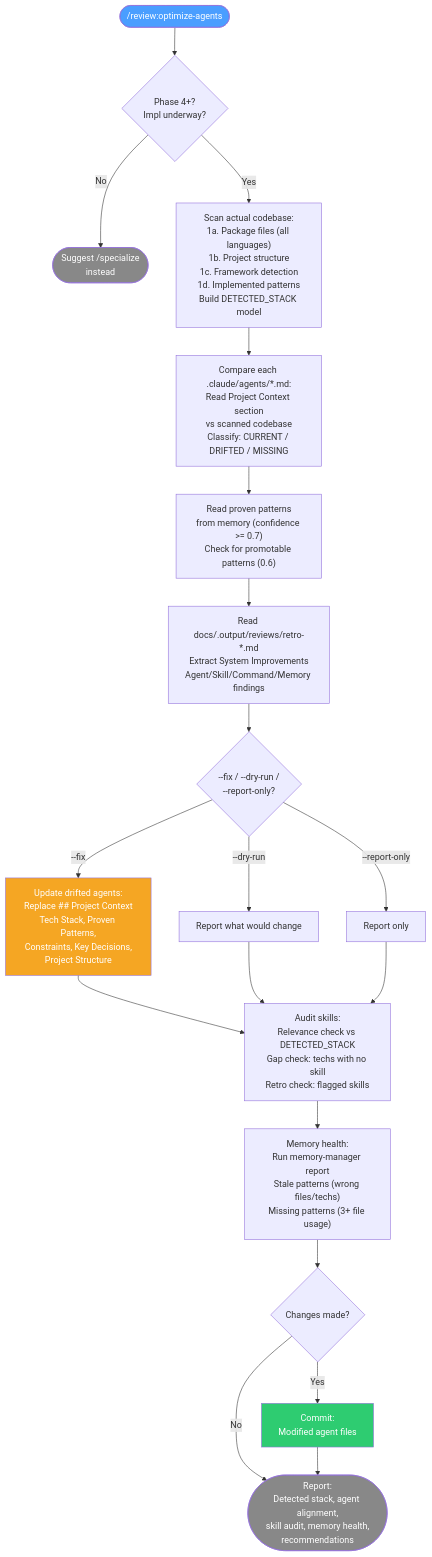
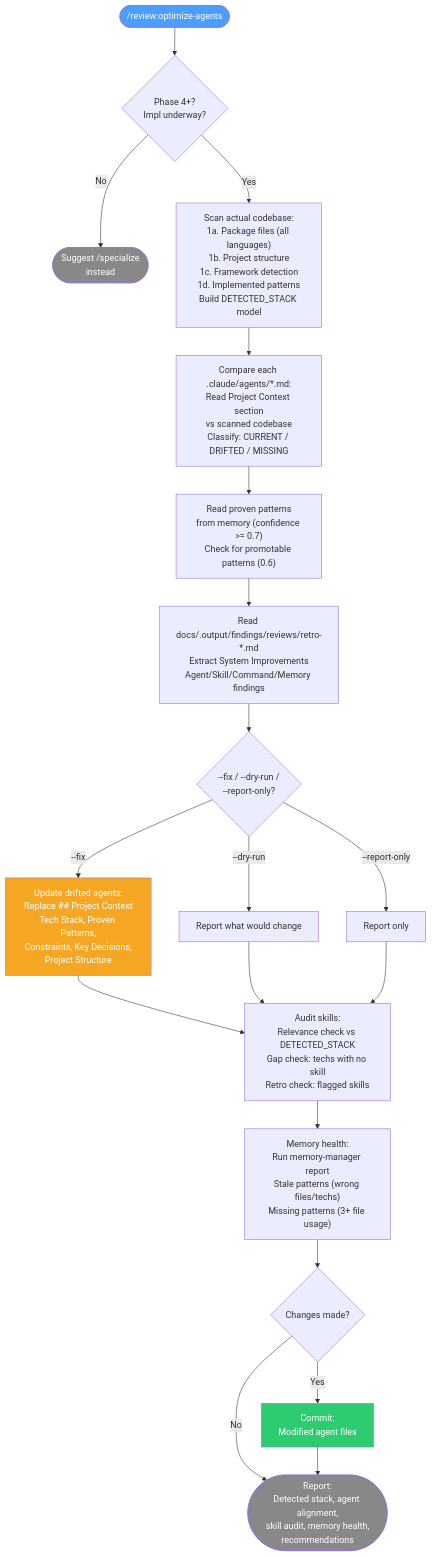
Before and after one commit to Domdhi/Agents.Domdhi: diagram 29 of 37 in docs/reference/commands.md, drawn with Mermaid. The commit also changed other lines of this file and 185 other files, not shown here.

Commit message:
v4.92 — sync from workshop: ADR 0006 .output taxonomy + memory-store split (.memory/ tracked source + .state/ index), guardrail/agent grounding, C2/C3 resolutions

````diff
--- a/docs/reference/commands.md
+++ b/docs/reference/commands.md
@@ -1349,39 +1349,39 @@
 ```mermaid
 flowchart TD
     START(["/review:optimize-agents"]) --> PHASE{Phase 4+?\nImpl underway?}
     PHASE -->|No| SUGGEST(["Suggest /specialize\ninstead"])
     PHASE -->|Yes| SCAN
 
     SCAN["Scan actual codebase:\n1a. Package files (all languages)\n1b. Project structure\n1c. Framework detection\n1d. Implemented patterns\nBuild DETECTED_STACK model"]
 
     SCAN --> COMPARE["Compare each .claude/agents/*.md:\nRead Project Context section\nvs scanned codebase\nClassify: CURRENT / DRIFTED / MISSING"]
 
     COMPARE --> MEMORY["Read proven patterns\nfrom memory (confidence >= 0.7)\nCheck for promotable patterns (0.6)"]
 
-    MEMORY --> RETRO["Read docs/.output/reviews/retro-*.md\nExtract System Improvements\nAgent/Skill/Command/Memory findings"]
+    MEMORY --> RETRO["Read docs/.output/findings/reviews/retro-*.md\nExtract System Improvements\nAgent/Skill/Command/Memory findings"]
 
     RETRO --> MODE{--fix / --dry-run /\n--report-only?}
 
     MODE -->|--fix| UPDATE["Update drifted agents:\nReplace ## Project Context\nTech Stack, Proven Patterns,\nConstraints, Key Decisions,\nProject Structure"]
     MODE -->|--dry-run| DRY[Report what would change]
     MODE -->|--report-only| RPT[Report only]
 
     UPDATE --> SKILLS["Audit skills:\nRelevance check vs DETECTED_STACK\nGap check: techs with no skill\nRetro check: flagged skills"]
 
     DRY --> SKILLS
     RPT --> SKILLS
 
     SKILLS --> MEM_HEALTH["Memory health:\nRun memory-manager report\nStale patterns (wrong files/techs)\nMissing patterns (3+ file usage)"]
 
     MEM_HEALTH --> COMMIT{Changes made?}
     COMMIT -->|Yes| DO_COMMIT["Commit:\nModified agent files"]
     COMMIT -->|No| REPORT
 
     DO_COMMIT --> REPORT(["Report:\nDetected stack, agent alignment,\nskill audit, memory health,\nrecommendations"])
 
     style START fill:#4a9eff,color:#fff
     style SUGGEST fill:#888,color:#fff
     style UPDATE fill:#f5a623,color:#fff
     style DO_COMMIT fill:#2ecc71,color:#fff
     style REPORT fill:#888,color:#fff
 ```
````
